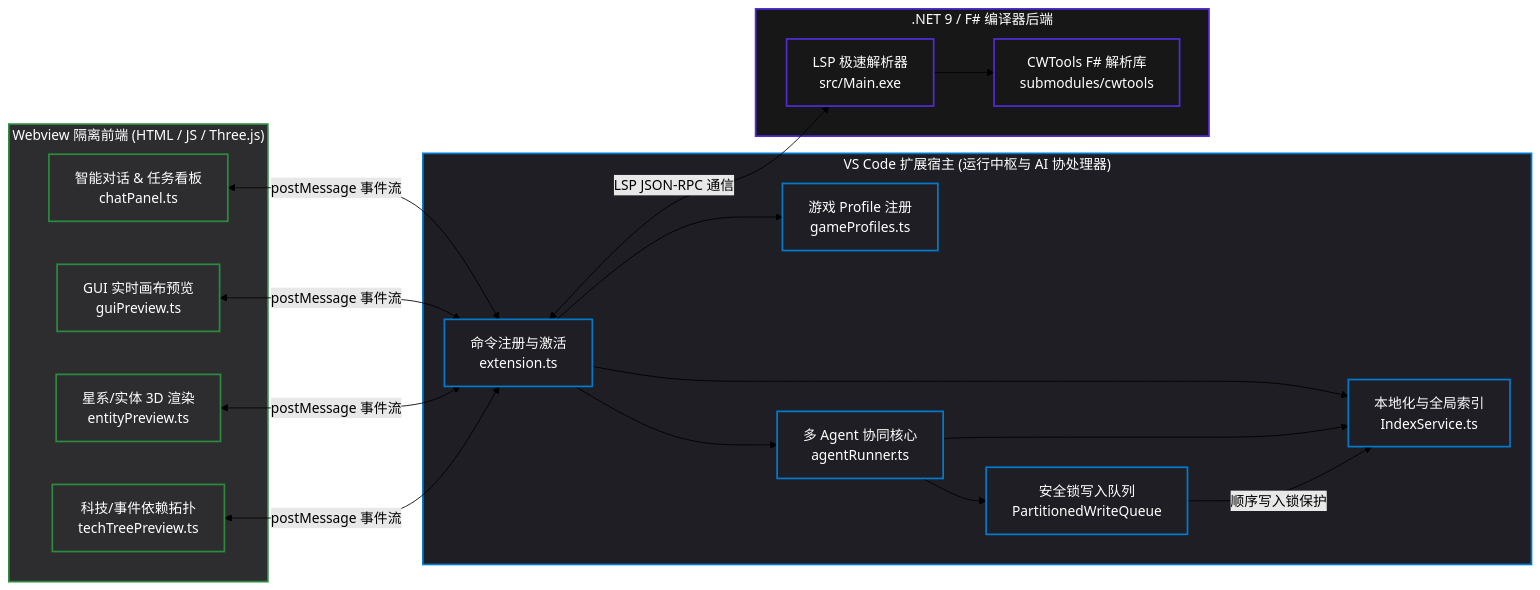
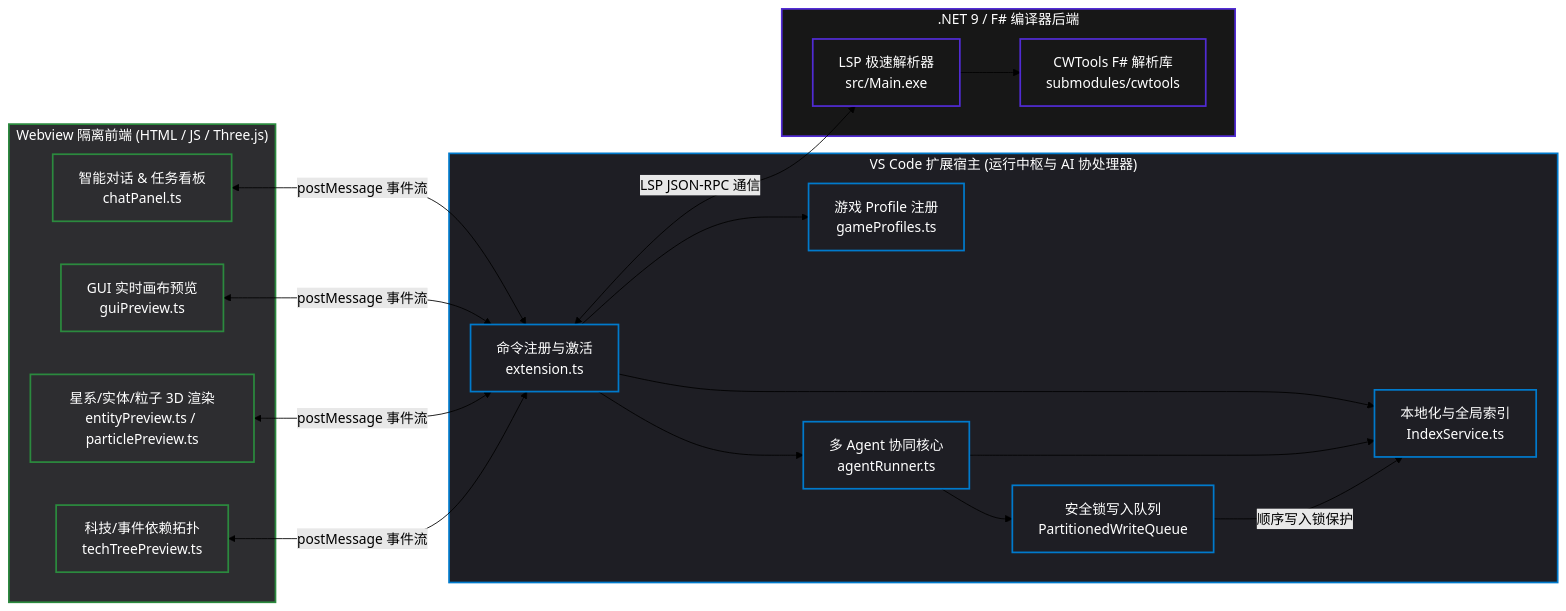
One commit to Aa728848/cwtools-vscode changed the diagram in README.md. Above: the diagram before and after it, drawn with Mermaid (forest theme). The commit also changed other lines of this file and 36 other files, not shown here.

````diff
--- a/README.md
+++ b/README.md
@@ -50,51 +51,51 @@
 ```mermaid
 flowchart LR
     %% 前端沙盒层
     subgraph Webview ["Webview 隔离前端 (HTML / JS / Three.js)"]
         UI["智能对话 & 任务看板\nchatPanel.ts"]
         Canvas["GUI 实时画布预览\nguiPreview.ts"]
-        TD3D["星系/实体 3D 渲染\nentityPreview.ts"]
+        TD3D["星系/实体/粒子 3D 渲染\nentityPreview.ts / particlePreview.ts"]
         Graph["科技/事件依赖拓扑\ntechTreePreview.ts"]
     end
 
     %% VS Code 宿主层
     subgraph VSCode ["VS Code 扩展宿主 (运行中枢与 AI 协处理器)"]
         Extension["命令注册与激活\nextension.ts"]
         GP["游戏 Profile 注册\ngameProfiles.ts"]
         IDX["本地化与全局索引\nIndexService.ts"]
         AI["多 Agent 协同核心\nagentRunner.ts"]
         Queue["安全锁写入队列\nPartitionedWriteQueue"]
     end
 
     %% .NET 编译器后端
     subgraph Backend [".NET 9 / F# 编译器后端"]
         LSP["LSP 极速解析器\nsrc/Main.exe"]
         Lib["CWTools F# 解析库\nsubmodules/cwtools"]
     end
 
     %% 前端与宿主双向事件管道
     UI <-->|postMessage 事件流| Extension
     Canvas <-->|postMessage 事件流| Extension
     TD3D <-->|postMessage 事件流| Extension
     Graph <-->|postMessage 事件流| Extension
 
     %% 宿主内部协同
     Extension --> GP
     Extension --> IDX
     Extension --> AI
     AI --> IDX
     AI --> Queue
     Queue -->|顺序写入锁保护| IDX
 
     %% 宿主与后端语言服务通信
     Extension <-->|LSP JSON-RPC 通信| LSP
     LSP --> Lib
 
     %% 样式表定制
     classDef vscode fill:#1e1e24,stroke:#007acc,stroke-width:2px,color:#fff;
     classDef webview fill:#2d2d30,stroke:#2b8a3e,stroke-width:2px,color:#fff;
     classDef backend fill:#171717,stroke:#512bd4,stroke-width:2px,color:#fff;
     class VSCode,Extension,GP,IDX,AI,Queue vscode;
     class Webview,UI,Canvas,TD3D,Graph webview;
     class Backend,LSP,Lib backend;
 ```
````
